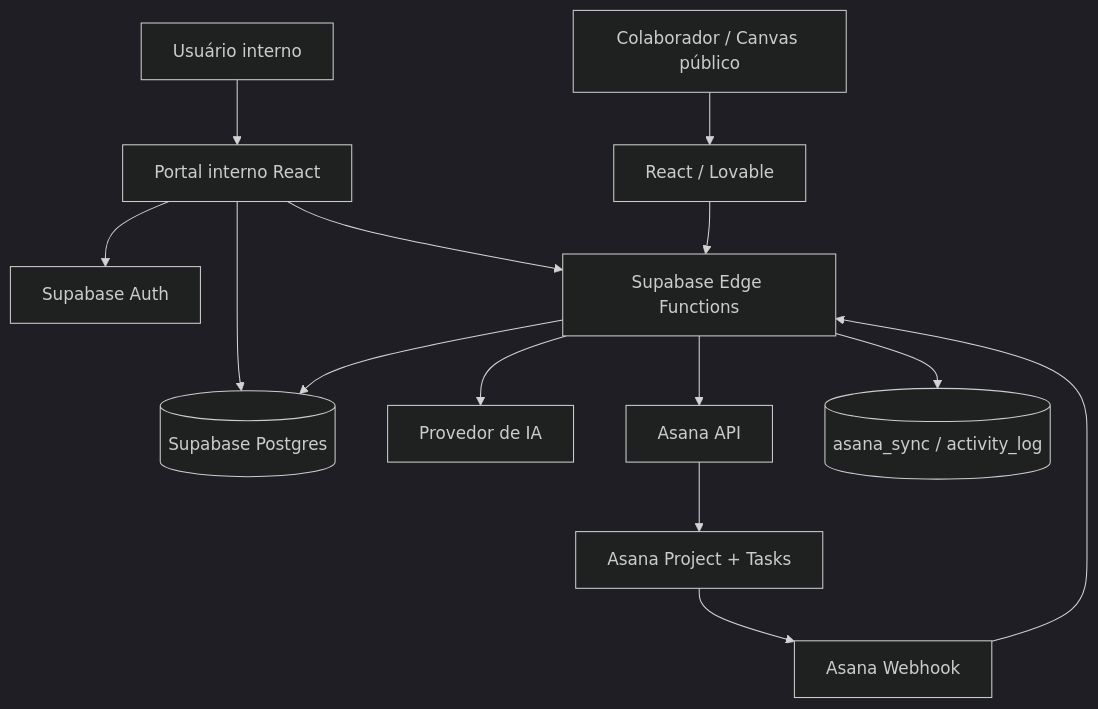
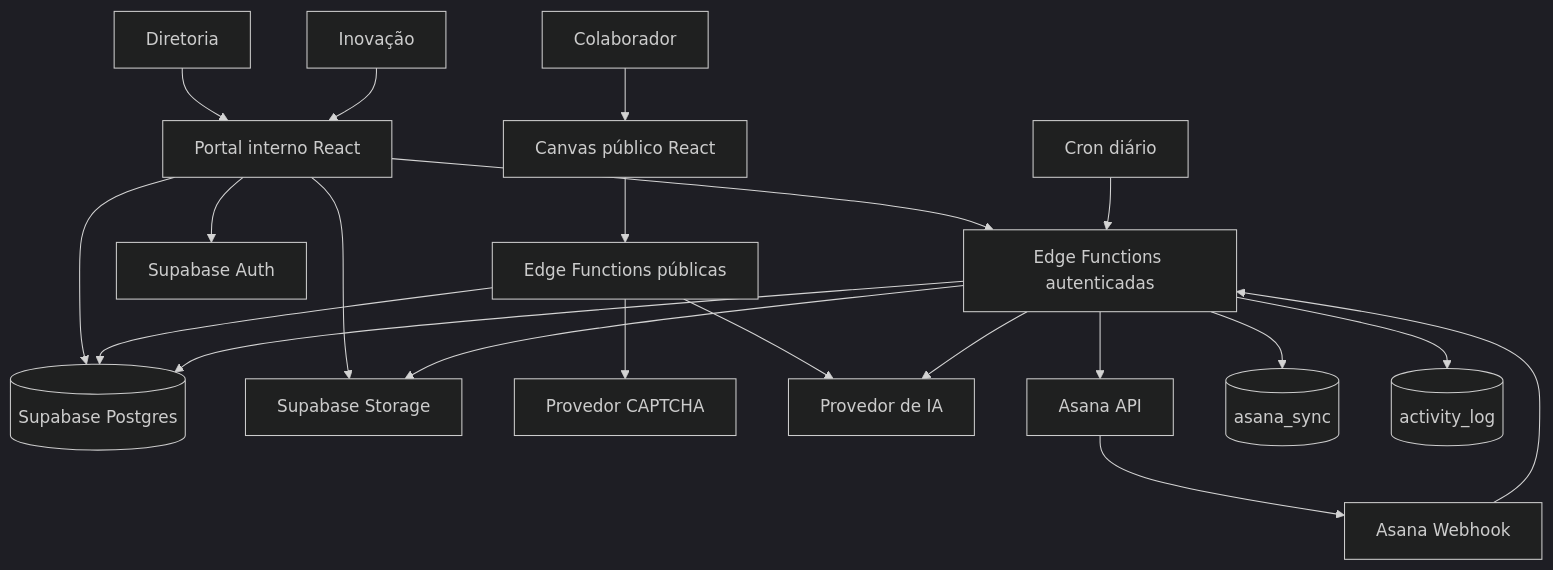
The first of 6 diagrams in design-tecnico-rennova-spark-hub.md (phablo-tavares/documentacao_portal_inovacao), drawn with Mermaid (dark theme) before and after one commit. The commit also changed other lines of this file and 2 other files, not shown here.

````diff
--- a/design-tecnico-rennova-spark-hub.md
+++ b/design-tecnico-rennova-spark-hub.md
@@ -69,18 +72,27 @@
 ```mermaid
 flowchart TD
-  A[Colaborador / Canvas público] --> B[React / Lovable]
-  B --> C[Supabase Edge Functions]
-  C --> D[(Supabase Postgres)]
-  C --> E[Provedor de IA]
+  Colaborador[Colaborador] --> Canvas[Canvas público React]
+  Diretoria[Diretoria] --> Portal[Portal interno React]
+  Inovacao[Inovação] --> Portal
 
-  F[Usuário interno] --> G[Portal interno React]
-  G --> H[Supabase Auth]
-  G --> D
-  G --> C
+  Canvas --> PublicEF[Edge Functions públicas]
+  Portal --> Auth[Supabase Auth]
+  Portal --> DB[(Supabase Postgres)]
+  Portal --> Storage[Supabase Storage]
+  Portal --> InternalEF[Edge Functions autenticadas]
 
-  C --> I[Asana API]
-  I --> J[Asana Project + Tasks]
-  J --> K[Asana Webhook]
-  K --> C
-  C --> L[(asana_sync / activity_log)]
+  PublicEF --> Captcha[Provedor CAPTCHA]
+  PublicEF --> AI[Provedor de IA]
+  PublicEF --> DB
+
+  InternalEF --> AI
+  InternalEF --> DB
+  InternalEF --> Storage
+  InternalEF --> Asana[Asana API]
+
+  Asana --> Webhook[Asana Webhook]
+  Webhook --> InternalEF
+  Cron[Cron diário] --> InternalEF
+  InternalEF --> Sync[(asana_sync)]
+  InternalEF --> Log[(activity_log)]
 ```
````
